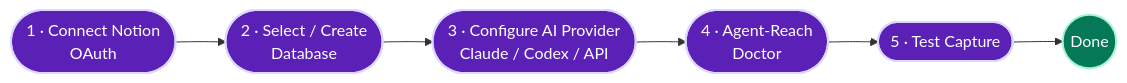
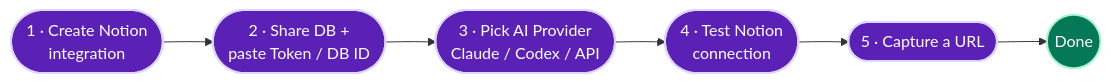
The fifth of 5 diagrams in README.md (AliceDel66/ReachNote), drawn with Mermaid before and after one commit. The commit also changed other lines of this file and 46 other files, not shown here.

````diff
--- a/README.md
+++ b/README.md
@@ -295,12 +324,12 @@
 ```mermaid
 flowchart LR
     classDef step fill:#5b21b6,stroke:#ddd6fe,stroke-width:2px,color:#fff
     classDef done fill:#047857,stroke:#a7f3d0,stroke-width:2px,color:#fff
 
-    A(["1 · Connect Notion<br/>OAuth"]):::step
-    A --> B(["2 · Select / Create<br/>Database"]):::step
-    B --> C(["3 · Configure AI Provider<br/>Claude / Codex / API"]):::step
-    C --> D(["4 · Agent-Reach<br/>Doctor"]):::step
-    D --> E(["5 · Test Capture"]):::step
+    A(["1 · Create Notion<br/>integration"]):::step
+    A --> B(["2 · Share DB +<br/>paste Token / DB ID"]):::step
+    B --> C(["3 · Pick AI Provider<br/>Claude / Codex / API"]):::step
+    C --> D(["4 · Test Notion<br/>connection"]):::step
+    D --> E(["5 · Capture a URL"]):::step
     E --> F((Done)):::done
 ```
````
